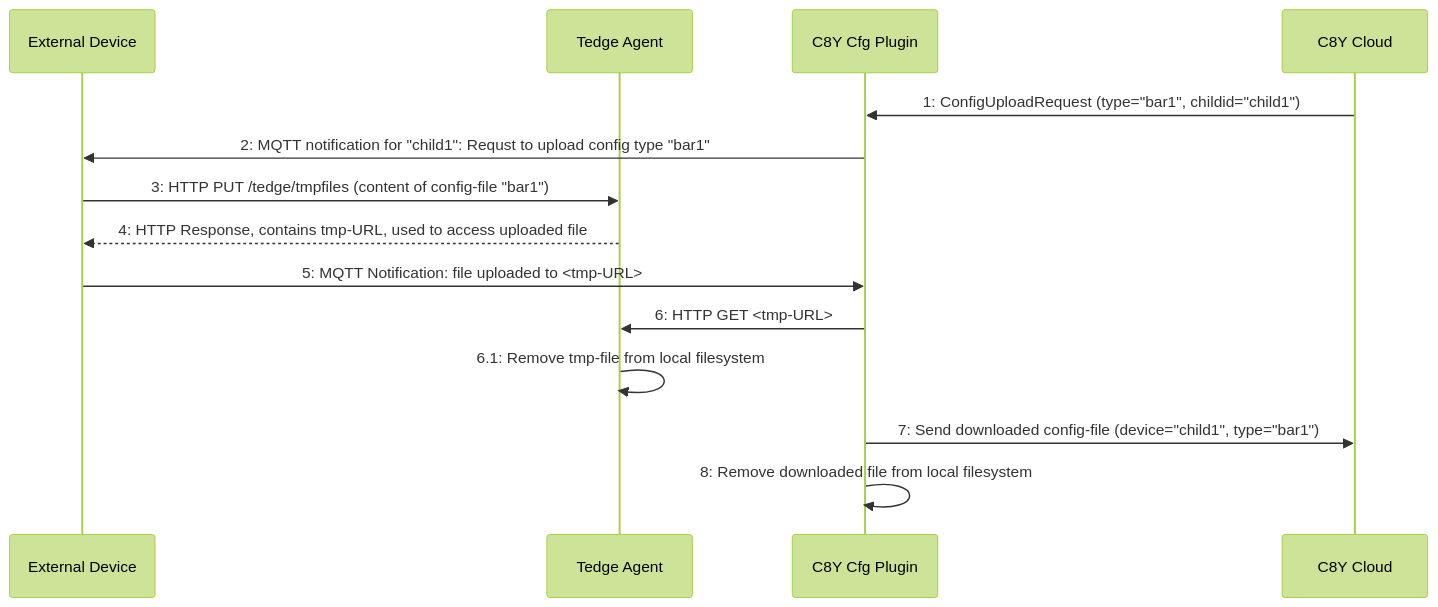
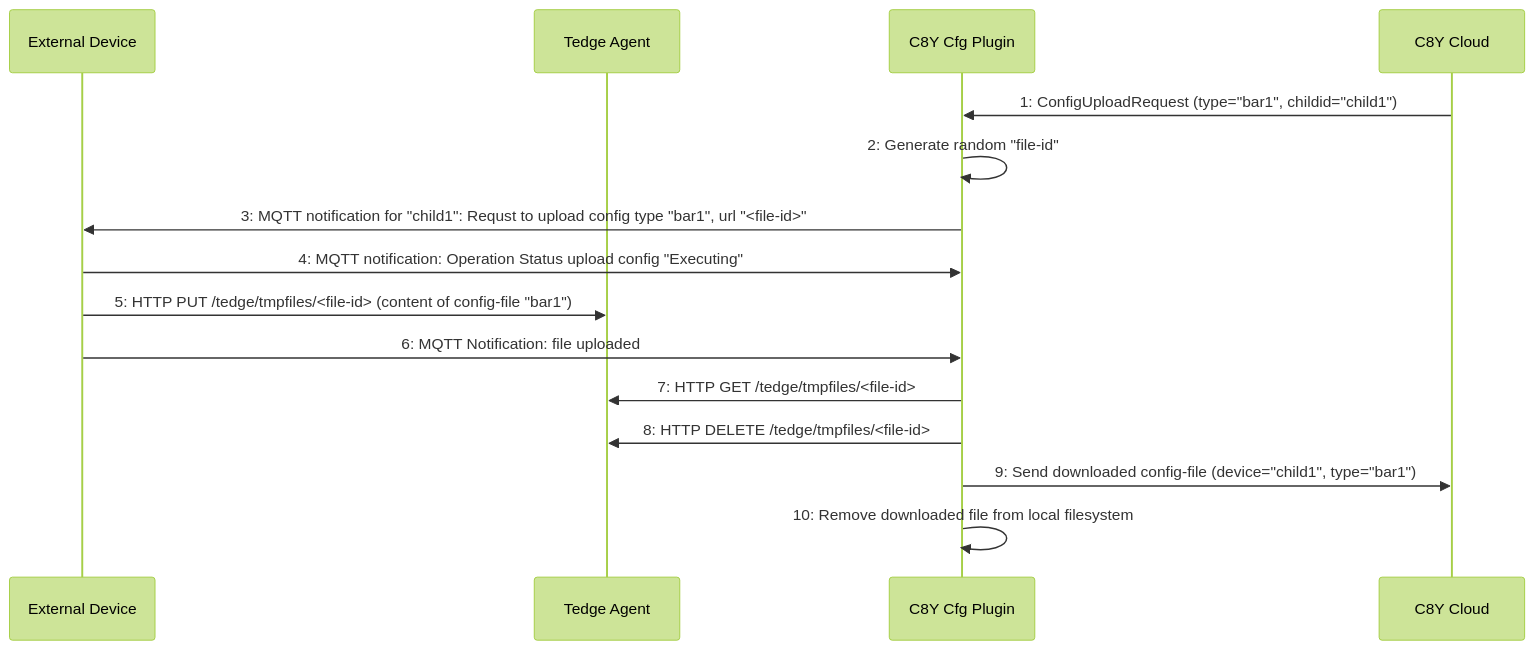
The first of 2 diagrams in docs/src/references/c8y-configuration-management.md (thin-edge/thin-edge.io), drawn with Mermaid (forest theme) before and after one commit. The commit also changed other lines of this file, not shown here.

Commit message:
added "file-id" and HTTP DELETE

````diff
--- a/docs/src/references/c8y-configuration-management.md
+++ b/docs/src/references/c8y-configuration-management.md
@@ -282,21 +282,23 @@
 ```mermaid
 sequenceDiagram
     participant External Device
     participant Tedge Agent
     participant C8Y Cfg Plugin
     participant C8Y Cloud
 
         C8Y Cloud->>C8Y Cfg Plugin: 1: ConfigUploadRequest (type="bar1", childid="child1")
-        C8Y Cfg Plugin->>External Device: 2: MQTT notification for "child1": Requst to upload config type "bar1"
+        C8Y Cfg Plugin->>C8Y Cfg Plugin: 2: Generate random "file-id"
+        C8Y Cfg Plugin->>External Device: 3: MQTT notification for "child1": Requst to upload config type "bar1", url "<file-id>" 
 
-        External Device->>Tedge Agent: 3: HTTP PUT /tedge/tmpfiles (content of config-file "bar1")
-        Tedge Agent-->>External Device: 4: HTTP Response, contains tmp-URL, used to access uploaded file
+        External Device->>C8Y Cfg Plugin: 4: MQTT notification: Operation Status upload config "Executing" 
 
-        External Device->>C8Y Cfg Plugin: 5: MQTT Notification: file uploaded to <tmp-URL>
+        External Device->>Tedge Agent: 5: HTTP PUT /tedge/tmpfiles/<file-id> (content of config-file "bar1")
+
+        External Device->>C8Y Cfg Plugin: 6: MQTT Notification: file uploaded
         
-        C8Y Cfg Plugin->>Tedge Agent: 6: HTTP GET <tmp-URL>
-        Tedge Agent->>Tedge Agent: 6.1: Remove tmp-file from local filesystem
-        C8Y Cfg Plugin->>C8Y Cloud: 7: Send downloaded config-file (device="child1", type="bar1") 
+        C8Y Cfg Plugin->>Tedge Agent: 7: HTTP GET /tedge/tmpfiles/<file-id>
+        C8Y Cfg Plugin->>Tedge Agent: 8: HTTP DELETE /tedge/tmpfiles/<file-id>
+        C8Y Cfg Plugin->>C8Y Cloud: 9: Send downloaded config-file (device="child1", type="bar1") 
 
-        C8Y Cfg Plugin->>C8Y Cfg Plugin: 8: Remove downloaded file from local filesystem
+        C8Y Cfg Plugin->>C8Y Cfg Plugin: 10: Remove downloaded file from local filesystem
 ```
````
